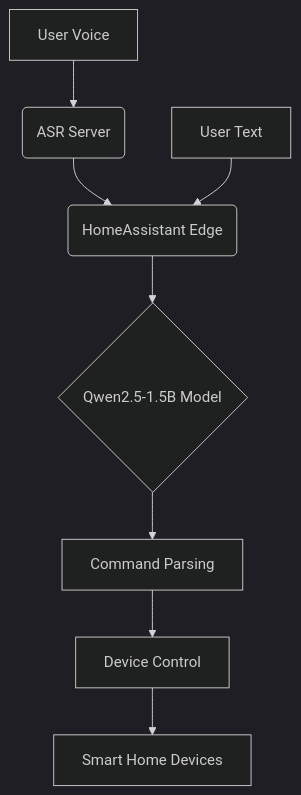
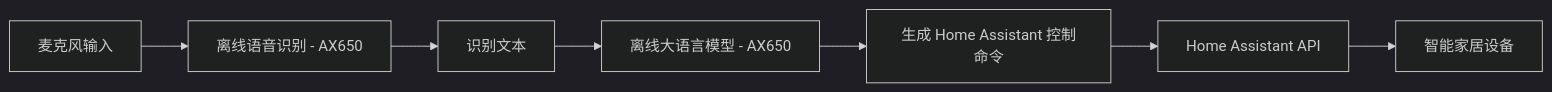
The diagram in README.md (yuyun2000/HomeAssistant-Edge), drawn with Mermaid (dark theme) before and after one commit. The commit also changed other lines of this file and 5 other files, not shown here.

````diff
--- a/README.md
+++ b/README.md
@@ -64,11 +23,9 @@
 ```mermaid
-graph TD
-    A[User Voice] --> B(ASR Server)
-    B --> C(HomeAssistant Edge)
-    C --> D{Qwen2.5-1.5B Model}
-    D --> E[Command Parsing]
-    E --> F[Device Control]
-    F --> G[Smart Home Devices]
-    
-    H[User Text] --> C
+flowchart LR
+    MIC[麦克风输入] --> ASR[离线语音识别 - AX650]
+    ASR --> TEXT[识别文本]
+    TEXT --> LLM[离线大语言模型 - AX650]
+    LLM --> CMD[生成 Home Assistant 控制命令]
+    CMD --> HA[Home Assistant API]
+    HA --> DEVICE[智能家居设备]
 ```
````
